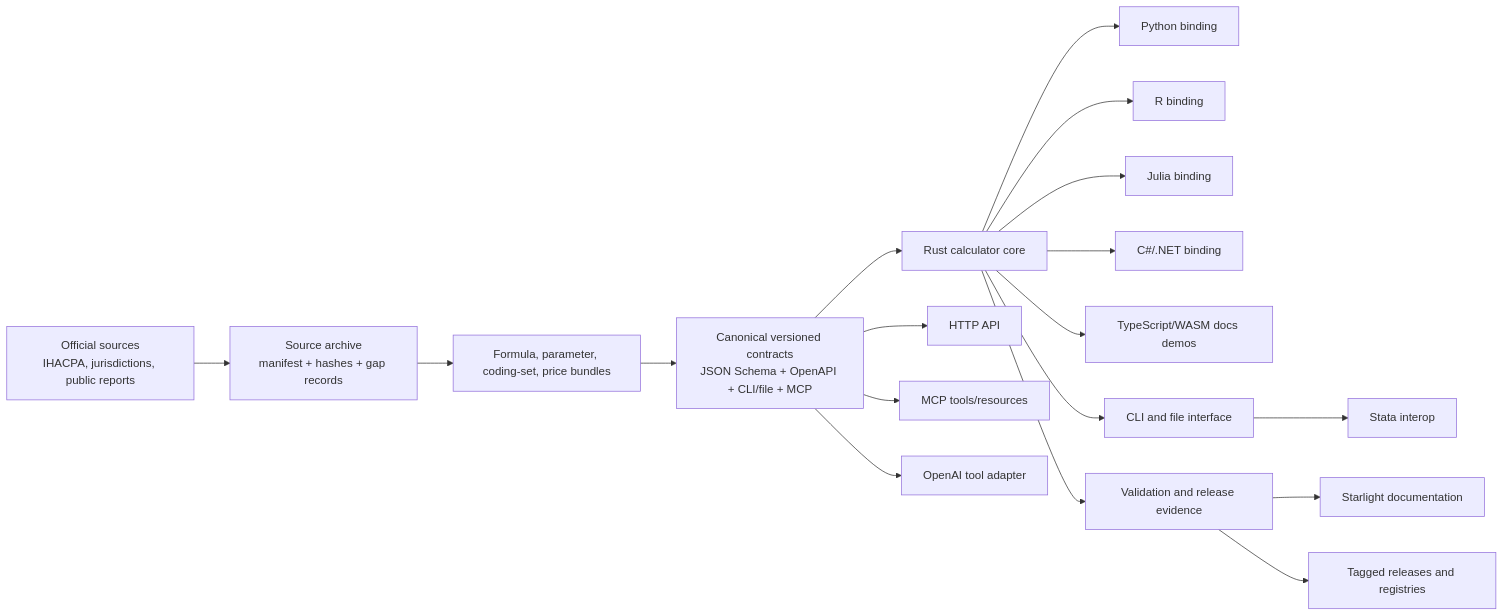
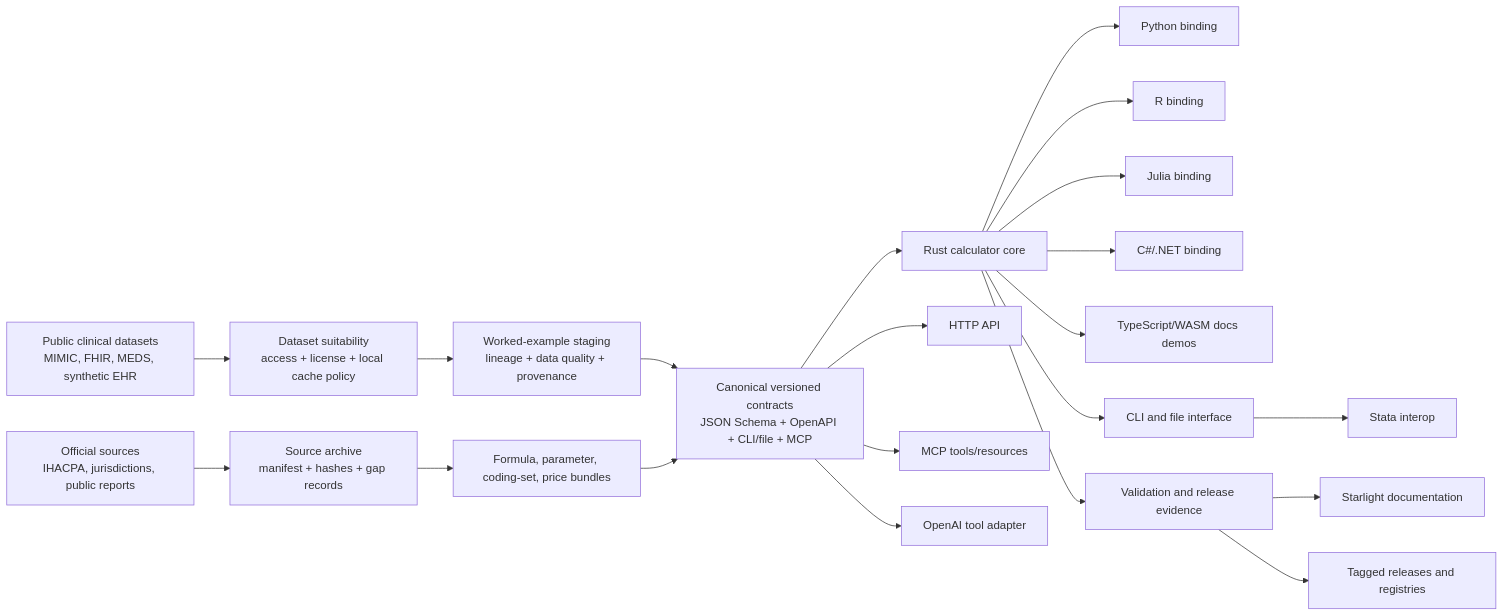
Before and after one commit to edithatogo/mchs: the first of 6 diagrams in conductor/design.md, drawn with Mermaid. The commit also changed other lines of this file and 5 other files, not shown here.

First line of the commit message:
docs(conductor): add public dataset example requirements

````diff
--- a/conductor/design.md
+++ b/conductor/design.md
@@ -16,20 +19,23 @@
 ```mermaid
 flowchart LR
     Sources[Official sources\nIHACPA, jurisdictions, public reports] --> Archive[Source archive\nmanifest + hashes + gap records]
+    PublicData[Public clinical datasets\nMIMIC, FHIR, MEDS, synthetic EHR] --> DatasetManifest[Dataset suitability\naccess + license + local cache policy]
+    DatasetManifest --> Staging[Worked-example staging\nlineage + data quality + provenance]
+    Staging --> Contracts
     Archive --> Bundles[Formula, parameter, coding-set, price bundles]
     Bundles --> Contracts[Canonical versioned contracts\nJSON Schema + OpenAPI + CLI/file + MCP]
     Contracts --> Rust[Rust calculator core]
     Rust --> Py[Python binding]
     Rust --> R[R binding]
     Rust --> Julia[Julia binding]
     Rust --> CSharp[C#/.NET binding]
     Rust --> Wasm[TypeScript/WASM docs demos]
     Rust --> CLI[CLI and file interface]
     CLI --> Stata[Stata interop]
     Contracts --> API[HTTP API]
     Contracts --> MCP[MCP tools/resources]
     Contracts --> OpenAI[OpenAI tool adapter]
     Rust --> Evidence[Validation and release evidence]
     Evidence --> Docs[Starlight documentation]
     Evidence --> Releases[Tagged releases and registries]
 ```
````
